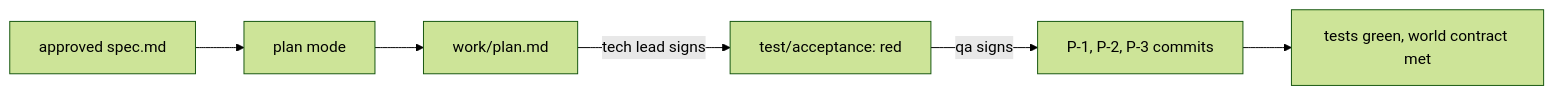
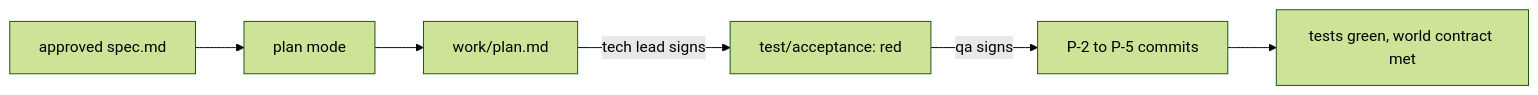
One commit to learnwithparam/ai-sdlc-agentic-workflows changed the diagram in parts/04-build-the-change/README.md. Above: the diagram before and after it, drawn with Mermaid (forest theme). The commit also changed other lines of this file and 77 other files, not shown here.

````diff
--- a/parts/04-build-the-change/README.md
+++ b/parts/04-build-the-change/README.md
@@ -13,8 +13,8 @@
 ```mermaid
 flowchart LR
   S[approved spec.md] --> P[plan mode]
   P --> L[work/plan.md]
   L -->|tech lead signs| T[test/acceptance: red]
-  T -->|qa signs| B[P-1, P-2, P-3 commits]
+  T -->|qa signs| B[P-2 to P-5 commits]
   B --> G[tests green, world contract met]
 ```
````
